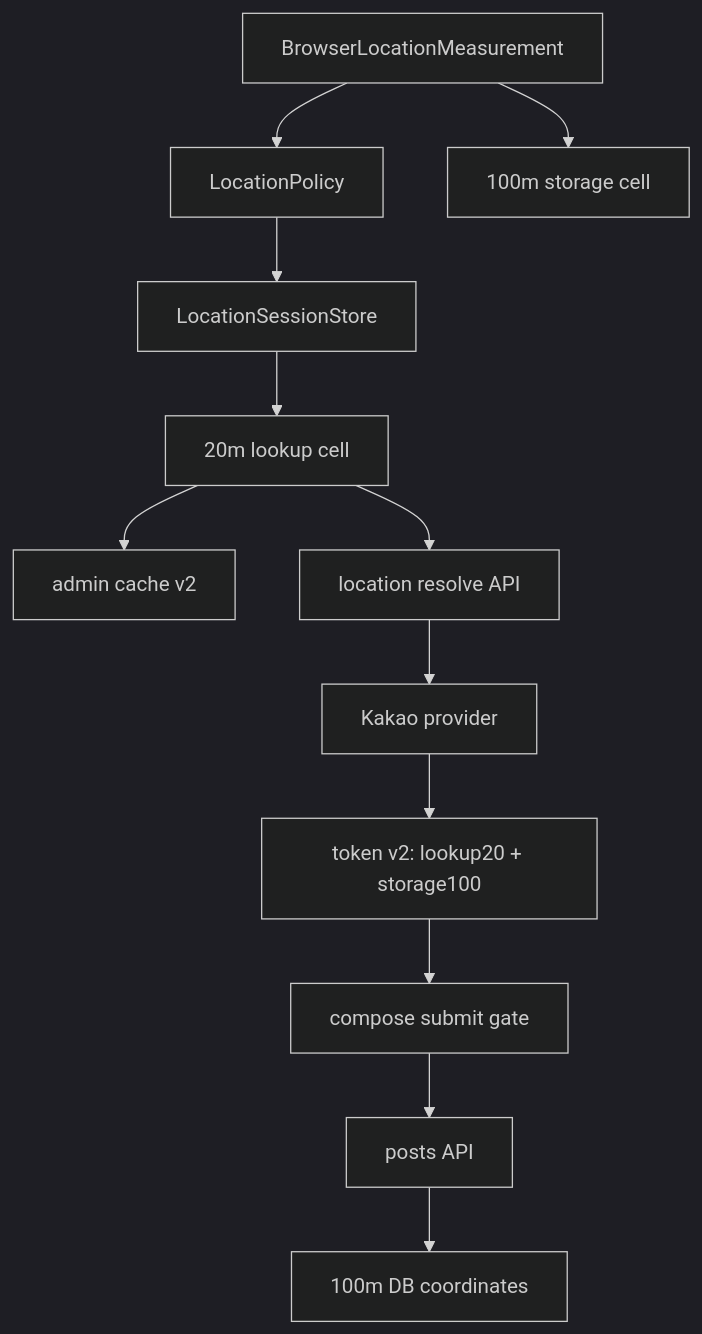
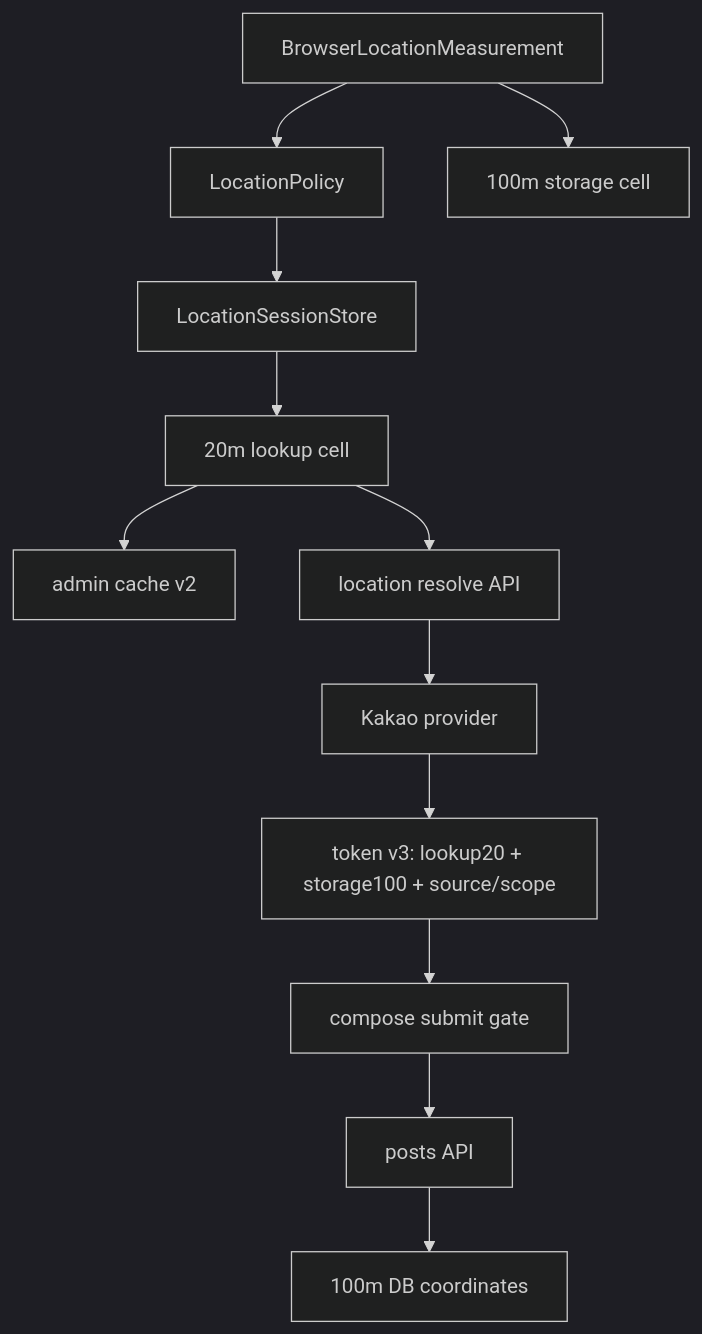
Before and after one commit to gunhalee/herebtw2: the second of 3 diagrams in docs/location-system-hardening-plan.md, drawn with Mermaid (dark theme). The commit also changed other lines of this file and 45 other files, not shown here.

````diff
--- a/docs/location-system-hardening-plan.md
+++ b/docs/location-system-hardening-plan.md
@@ -241,14 +249,14 @@
 ```mermaid
 flowchart TD
   measurement["BrowserLocationMeasurement"] --> policy["LocationPolicy"]
   policy --> sessionStore["LocationSessionStore"]
   sessionStore --> lookup20["20m lookup cell"]
   lookup20 --> adminCacheV2["admin cache v2"]
   lookup20 --> resolveApi["location resolve API"]
   resolveApi --> kakaoProvider["Kakao provider"]
-  kakaoProvider --> tokenV2["token v2: lookup20 + storage100"]
+  kakaoProvider --> tokenV2["token v3: lookup20 + storage100 + source/scope"]
   measurement --> storage100["100m storage cell"]
   tokenV2 --> submitGate["compose submit gate"]
   submitGate --> postApi["posts API"]
   postApi --> database["100m DB coordinates"]
 ```
````
